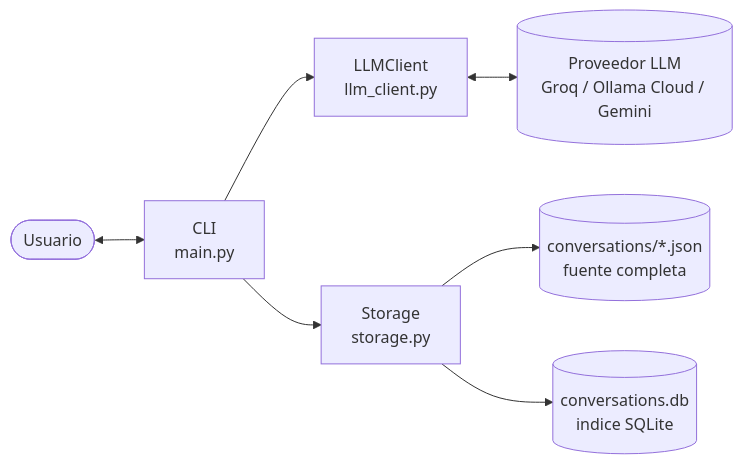
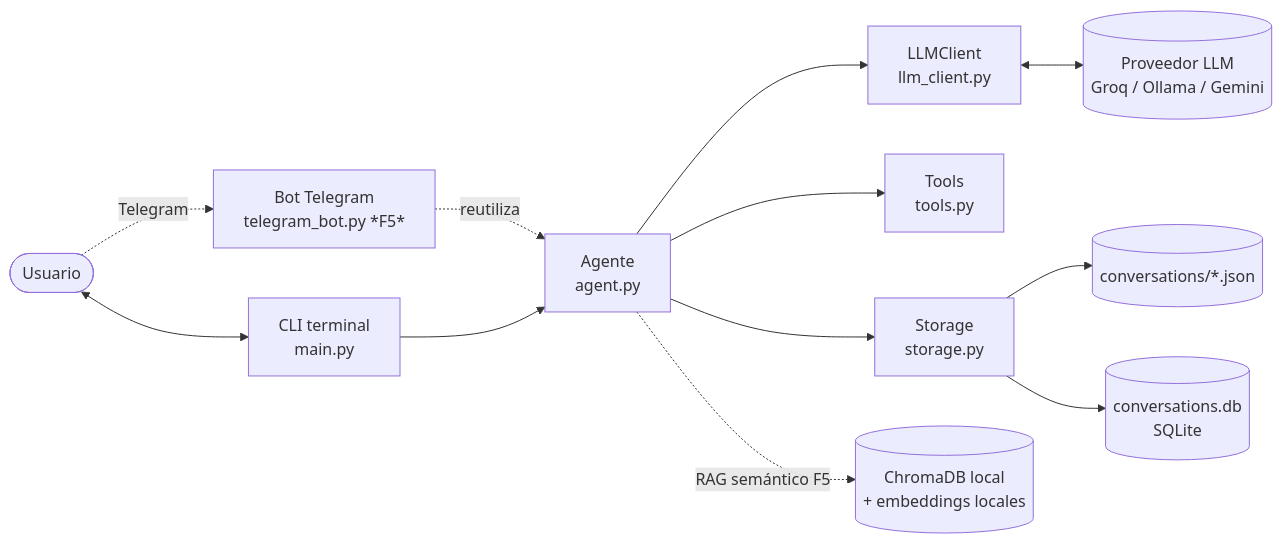
Before and after one commit to Jordiprof/Reto: the diagram in docs/E2_Arquitectura.md, drawn with Mermaid. The commit also changed other lines of this file and 3 other files, not shown here.

Commit message:
Planificacion Fase 5: bot Telegram privado, stack experto elegido por privacidad, RAG local, agente unico

````diff
--- a/docs/E2_Arquitectura.md
+++ b/docs/E2_Arquitectura.md
@@ -11,9 +10,14 @@
 ```mermaid
 flowchart LR
-    U([Usuario]) <--> CLI[CLI<br/>main.py]
-    CLI --> LLM[LLMClient<br/>llm_client.py]
-    LLM <--> PROV[(Proveedor LLM<br/>Groq / Ollama Cloud / Gemini)]
-    CLI --> ST[Storage<br/>storage.py]
-    ST --> JSON[(conversations/*.json<br/>fuente completa)]
-    ST --> DB[(conversations.db<br/>indice SQLite)]
+    U([Usuario]) <--> CLI[CLI terminal<br/>main.py]
+    TG[Bot Telegram<br/>telegram_bot.py *F5*] -. reutiliza .-> AG
+    U -. Telegram .-> TG
+    CLI --> AG[Agente<br/>agent.py]
+    AG --> LLM[LLMClient<br/>llm_client.py]
+    LLM <--> PROV[(Proveedor LLM<br/>Groq / Ollama / Gemini)]
+    AG --> TOOLS[Tools<br/>tools.py]
+    AG --> ST[Storage<br/>storage.py]
+    ST --> JSON[(conversations/*.json)]
+    ST --> DB[(conversations.db<br/>SQLite)]
+    AG -. RAG semántico F5 .-> VEC[(ChromaDB local<br/>+ embeddings locales)]
 ```
````
